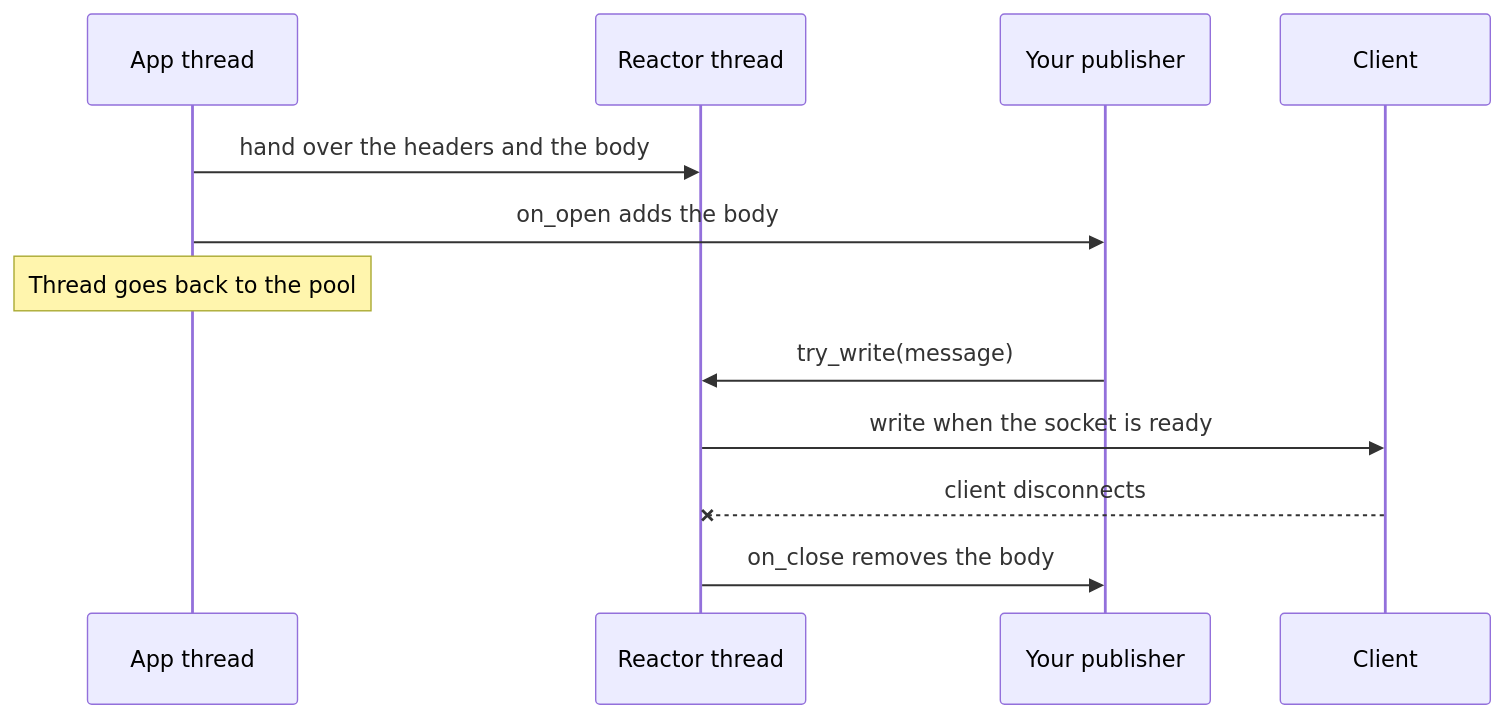
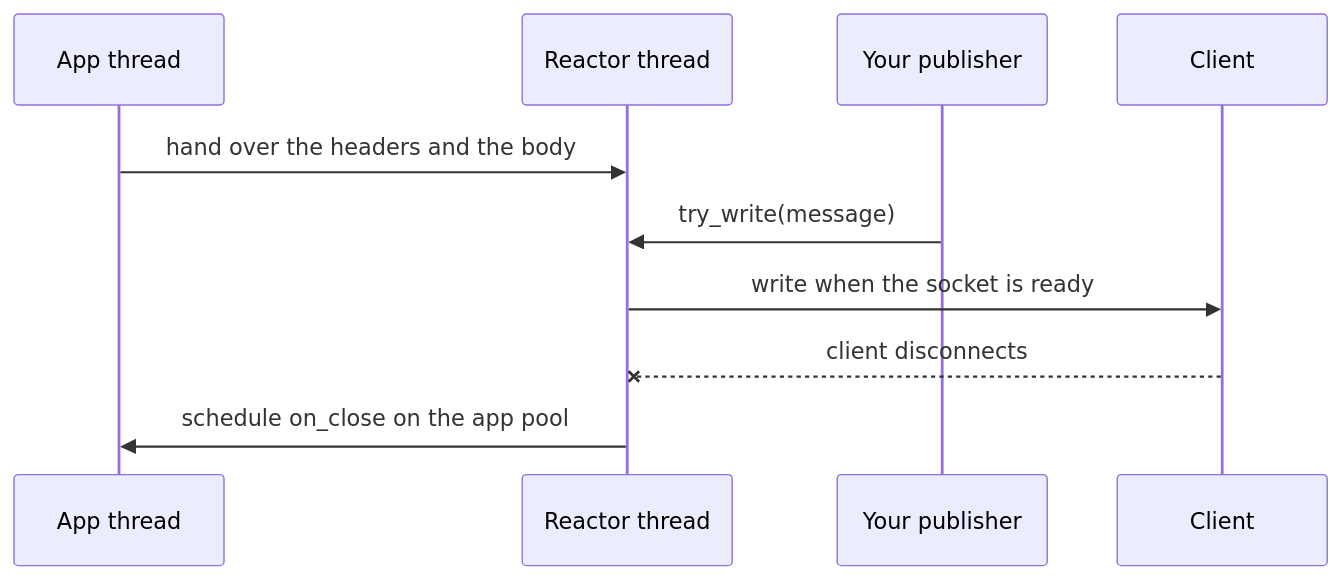
Diagram 14 of 18 in docs/talk.md (joshuay03/raptor), drawn with Mermaid before and after one commit. The commit also changed other lines of this file and 3 other files, not shown here.

````diff
--- a/docs/talk.md
+++ b/docs/talk.md
@@ -850,15 +858,13 @@
 ```mermaid
 sequenceDiagram
     participant A as App thread
     participant R as Reactor thread
     participant P as Your publisher
     participant C as Client
 
     A->>R: hand over the headers and the body
-    A->>P: on_open adds the body
-    Note over A: Thread goes back to the pool
     P->>R: try_write(message)
     R->>C: write when the socket is ready
     C--xR: client disconnects
-    R->>P: on_close removes the body
+    R->>A: schedule on_close on the app pool
 ```
````
